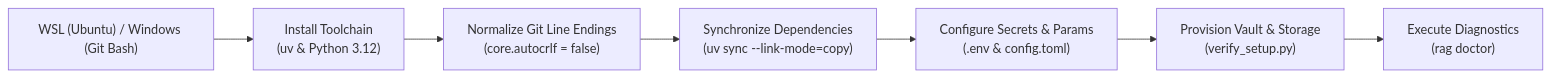
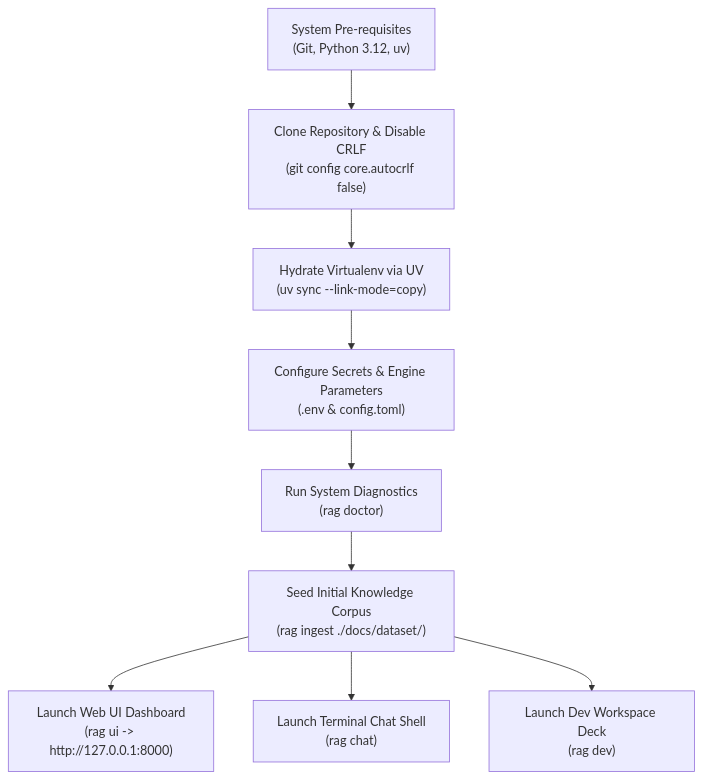
One commit to uehera/RAGnarok changed the diagram in notes/developer/setup.md. Above: the diagram before and after it, drawn with Mermaid. The commit also changed other lines of this file and 14 other files, not shown here.

Commit message:
docs: overhaul setup guide, architectural blueprints, research reports, and main README

````diff
--- a/notes/developer/setup.md
+++ b/notes/developer/setup.md
@@ -11,9 +11,11 @@
 ```mermaid
-flowchart LR
-    A["WSL (Ubuntu) / Windows (Git Bash)"] --> B["Install Toolchain<br>(uv & Python 3.12)"]
-    B --> C["Normalize Git Line Endings<br>(core.autocrlf = false)"]
-    C --> D["Synchronize Dependencies<br>(uv sync --link-mode=copy)"]
-    D --> E["Configure Secrets & Params<br>(.env & config.toml)"]
-    E --> F["Provision Vault & Storage<br>(verify_setup.py)"]
-    F --> G["Execute Diagnostics<br>(rag doctor)"]
+flowchart TD
+    A["System Pre-requisites<br>(Git, Python 3.12, uv)"] --> B["Clone Repository & Disable CRLF<br>(git config core.autocrlf false)"]
+    B --> C["Hydrate Virtualenv via UV<br>(uv sync --link-mode=copy)"]
+    C --> D["Configure Secrets & Engine Parameters<br>(.env & config.toml)"]
+    D --> E["Run System Diagnostics<br>(rag doctor)"]
+    E --> F["Seed Initial Knowledge Corpus<br>(rag ingest ./docs/dataset/)"]
+    F --> G1["Launch Web UI Dashboard<br>(rag ui -> http://127.0.0.1:8000)"]
+    F --> G2["Launch Terminal Chat Shell<br>(rag chat)"]
+    F --> G3["Launch Dev Workspace Deck<br>(rag dev)"]
 ```
````
